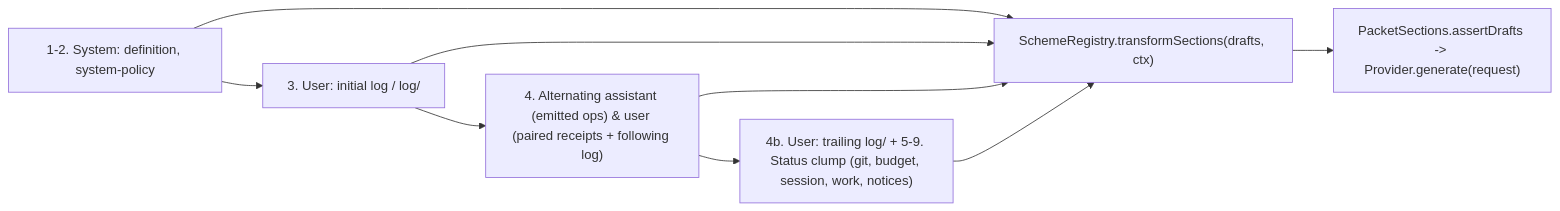
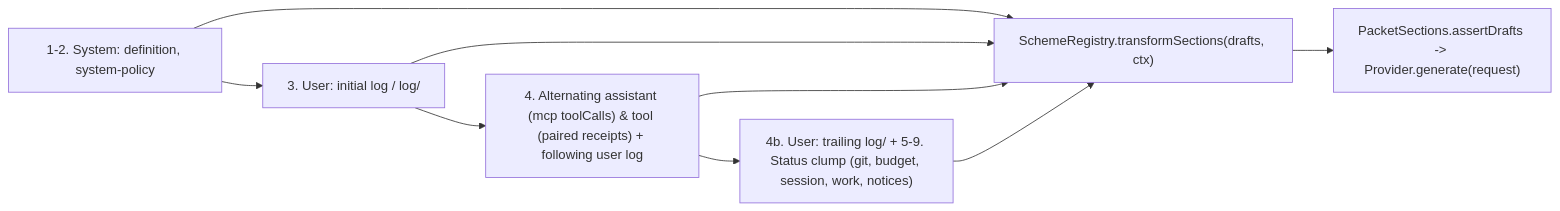
The tenth of 13 diagrams in plurnk-core/SPEC.md (plurnk/plurnk-service), drawn with Mermaid before and after one commit. The commit also changed other lines of this file and 1 other file, not shown here.

````diff
--- a/plurnk-core/SPEC.md
+++ b/plurnk-core/SPEC.md
@@ -1089,8 +1089,8 @@
 ```mermaid
 flowchart LR
   S["1-2. System: definition, system-policy"] --> L0["3. User: initial log / log/<coord>"]
-  L0 --> EH["4. Alternating assistant (emitted ops) & user (paired receipts + following log)"]
+  L0 --> EH["4. Alternating assistant (mcp toolCalls) & tool (paired receipts) + following user log"]
   EH --> LT["4b. User: trailing log/<coord> + 5-9. Status clump (git, budget, session, work, notices)"]
   S & L0 & EH & LT --> TR["SchemeRegistry.transformSections(drafts, ctx)"]
   TR --> AD["PacketSections.assertDrafts -> Provider.generate(request)"]
 ```
````
